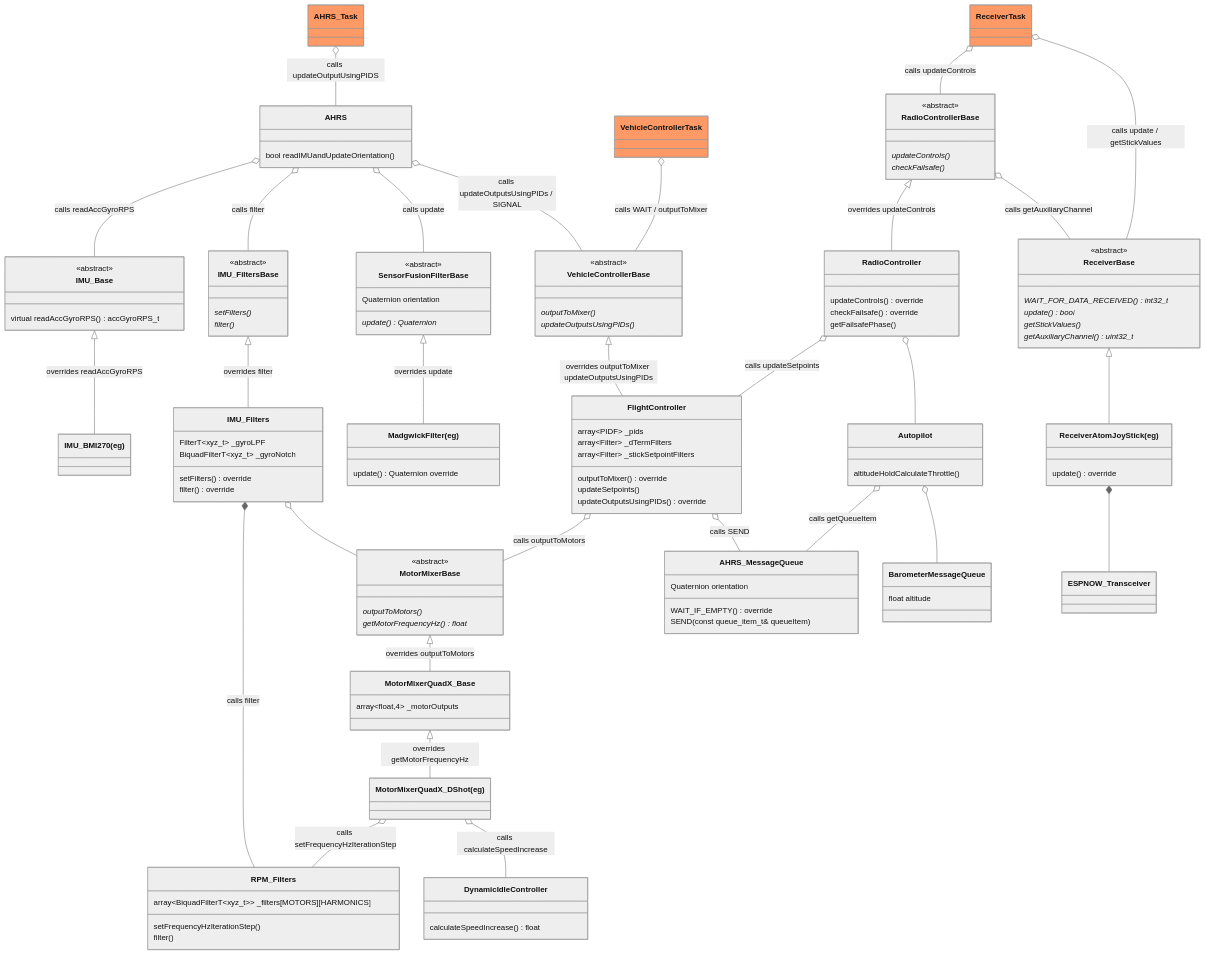
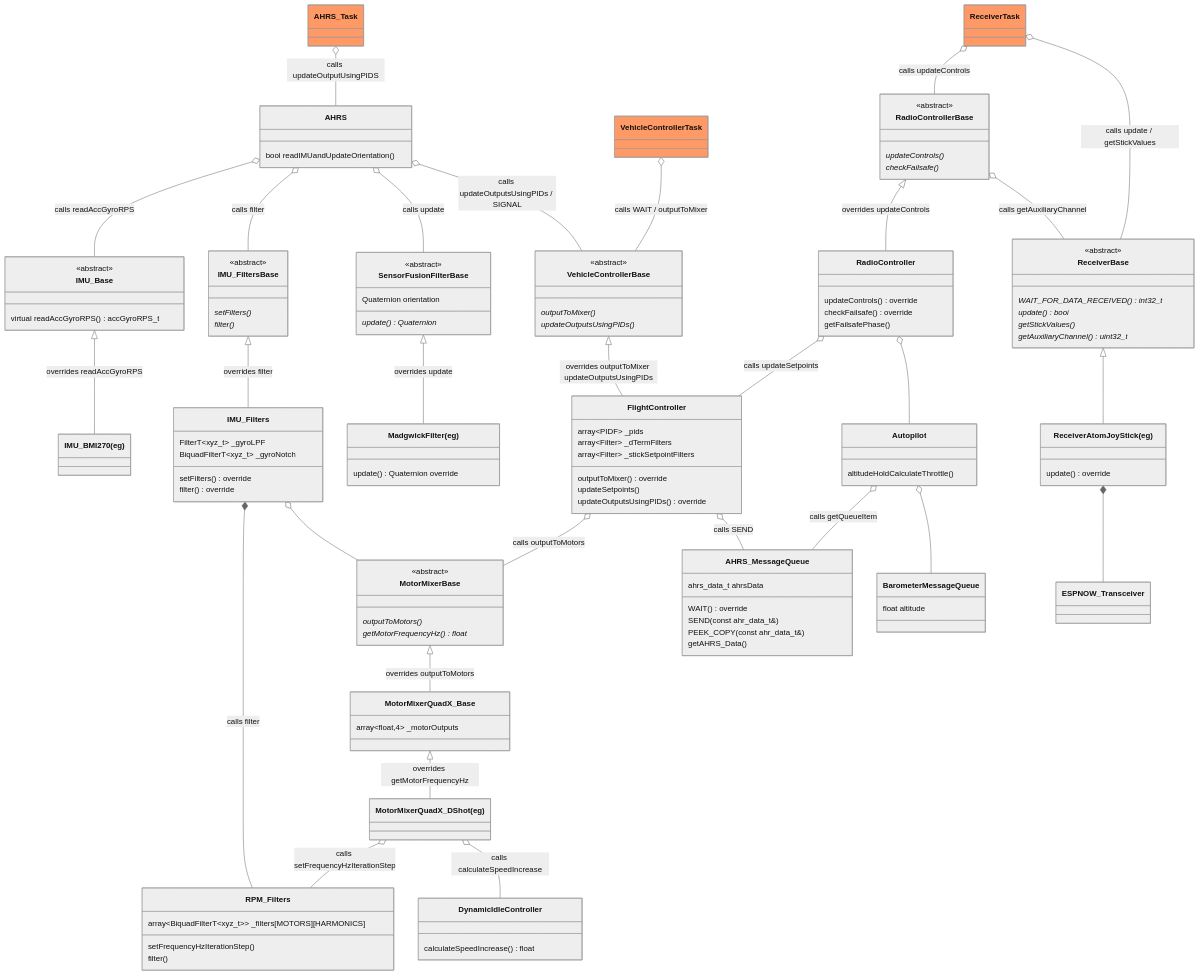
Before and after one commit to martinbudden/Protoflight: the first of 5 diagrams in README.md, drawn with Mermaid (neutral theme). The commit also changed other lines of this file and 20 other files, not shown here.

Commit message:
AHRS_MessageQueue and Blackbox improvements.

```diff
--- a/README.md
+++ b/README.md
@@ -300,9 +300,11 @@
     VehicleControllerTask o-- VehicleControllerBase : calls WAIT / outputToMixer
 
     class AHRS_MessageQueue {
-        Quaternion orientation
-        WAIT_IF_EMPTY() override
-        SEND(const queue_item_t& queueItem)
+        ahrs_data_t ahrsData
+        WAIT() override
+        SEND(const ahr_data_t&)
+        PEEK_COPY(const ahr_data_t&)
+        getAHRS_Data()
     }
     link AHRS_MessageQueue "https://github.com/martinbudden/protoflight/blob/main/lib/Blackbox/src/AHRS_MessageQueue.h"
 
```
